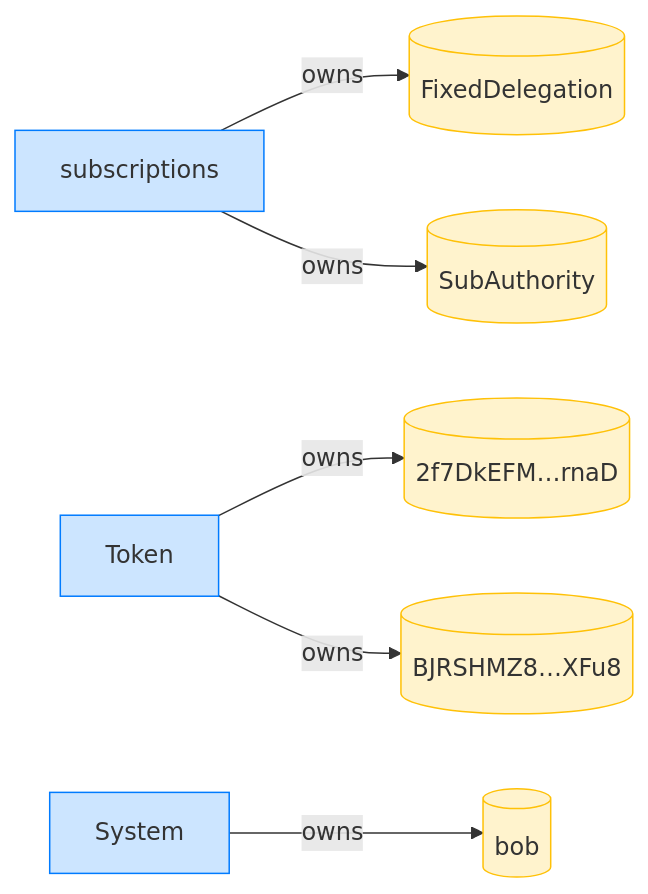
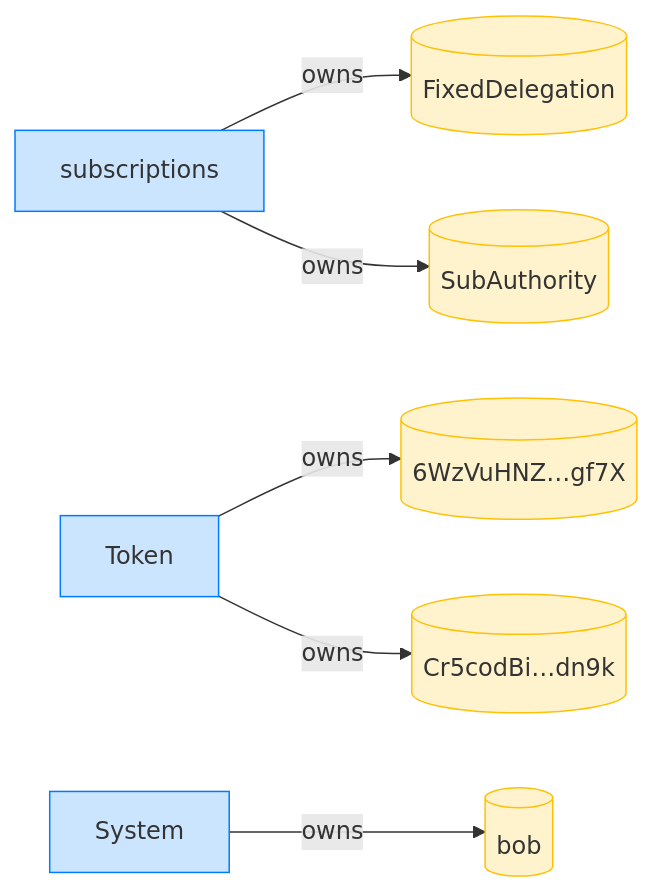
Diagram 12 of 12 in dsl_tests/fixed-transfer-succeeds.md (cds-rs/subscriptions), drawn with Mermaid before and after one commit. The commit also changed other lines of this file and 224 other files, not shown here.

````diff
--- a/dsl_tests/fixed-transfer-succeeds.md
+++ b/dsl_tests/fixed-transfer-succeeds.md
@@ -232,18 +246,18 @@
 ```mermaid
 flowchart LR
     classDef owner fill:#cce5ff,stroke:#007bff;
     classDef account fill:#fff3cd,stroke:#ffc107;
     subscriptions[subscriptions]:::owner
     FixedDelegation[(FixedDelegation)]:::account
     SubAuthority[(SubAuthority)]:::account
     Token[Token]:::owner
-    2f7DkEFM_rnaD[("2f7DkEFM…rnaD")]:::account
-    BJRSHMZ8_XFu8[("BJRSHMZ8…XFu8")]:::account
+    6WzVuHNZ_gf7X[("6WzVuHNZ…gf7X")]:::account
+    Cr5codBi_dn9k[("Cr5codBi…dn9k")]:::account
     System[System]:::owner
     bob[(bob)]:::account
     subscriptions -->|owns| FixedDelegation
     subscriptions -->|owns| SubAuthority
-    Token -->|owns| 2f7DkEFM_rnaD
-    Token -->|owns| BJRSHMZ8_XFu8
+    Token -->|owns| 6WzVuHNZ_gf7X
+    Token -->|owns| Cr5codBi_dn9k
     System -->|owns| bob
 ```
````
